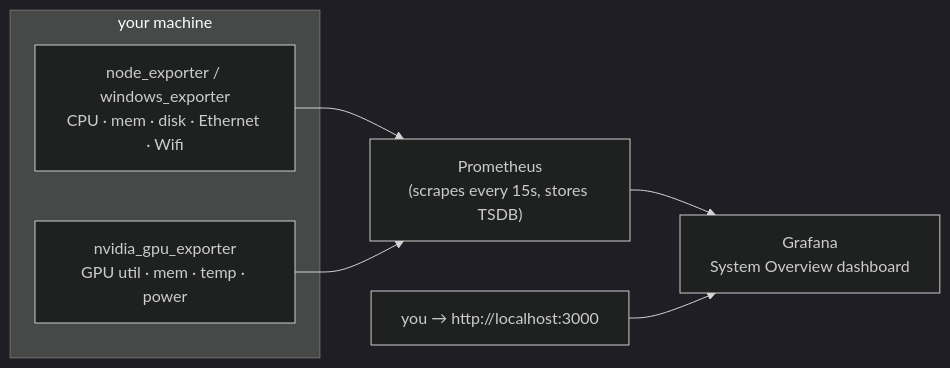
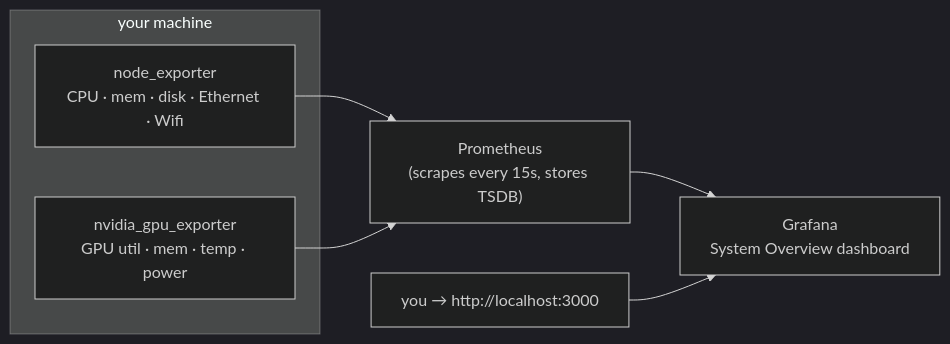
One commit to lesysbot/lesysbot changed the diagram in monitoring/README.md. Above: the diagram before and after it, drawn with Mermaid (dark theme). The commit also changed other lines of this file and 103 other files, not shown here.

````diff
--- a/monitoring/README.md
+++ b/monitoring/README.md
@@ -19,13 +19,13 @@
 ```mermaid
 flowchart LR
     subgraph host["your machine"]
-      ne["node_exporter / windows_exporter<br>CPU · mem · disk · Ethernet · Wifi"]
+      ne["node_exporter<br>CPU · mem · disk · Ethernet · Wifi"]
       gpu["nvidia_gpu_exporter<br>GPU util · mem · temp · power"]
     end
     prom["Prometheus<br>(scrapes every 15s, stores TSDB)"]
     graf["Grafana<br>System Overview dashboard"]
     ne --> prom
     gpu --> prom
     prom --> graf
     you["you → http://localhost:3000"] --> graf
 ```
````
